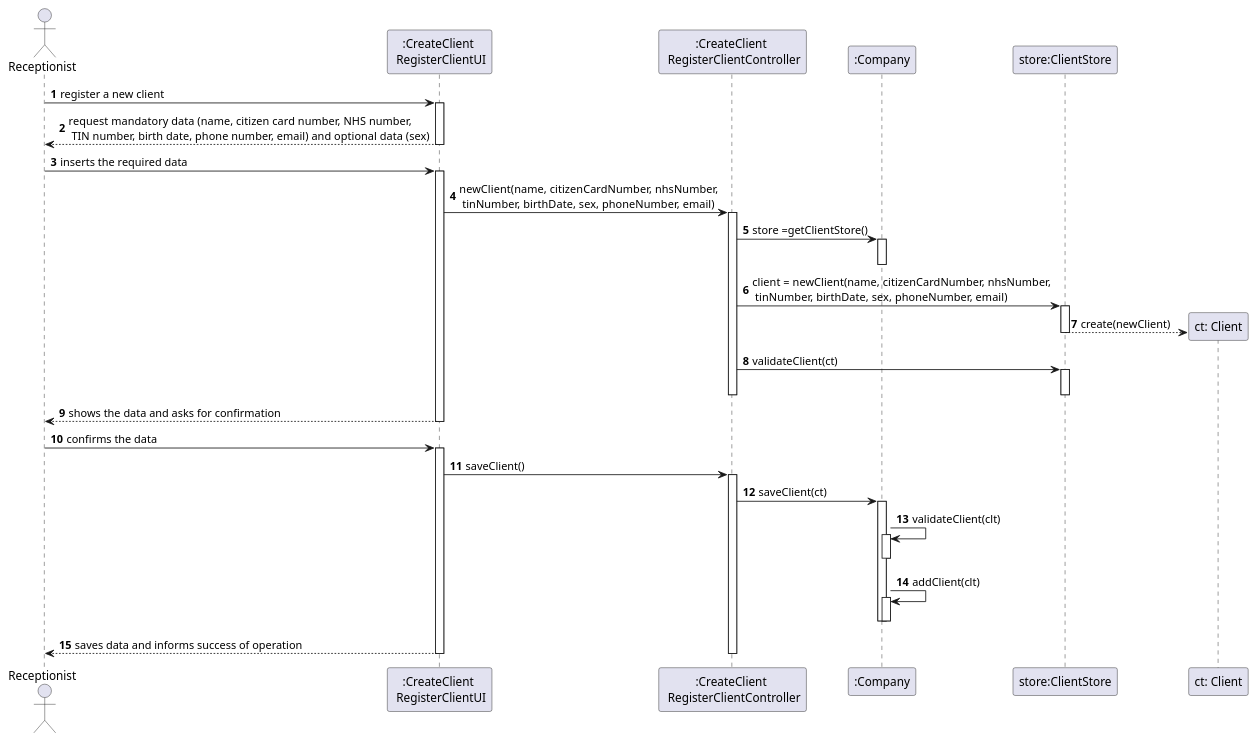
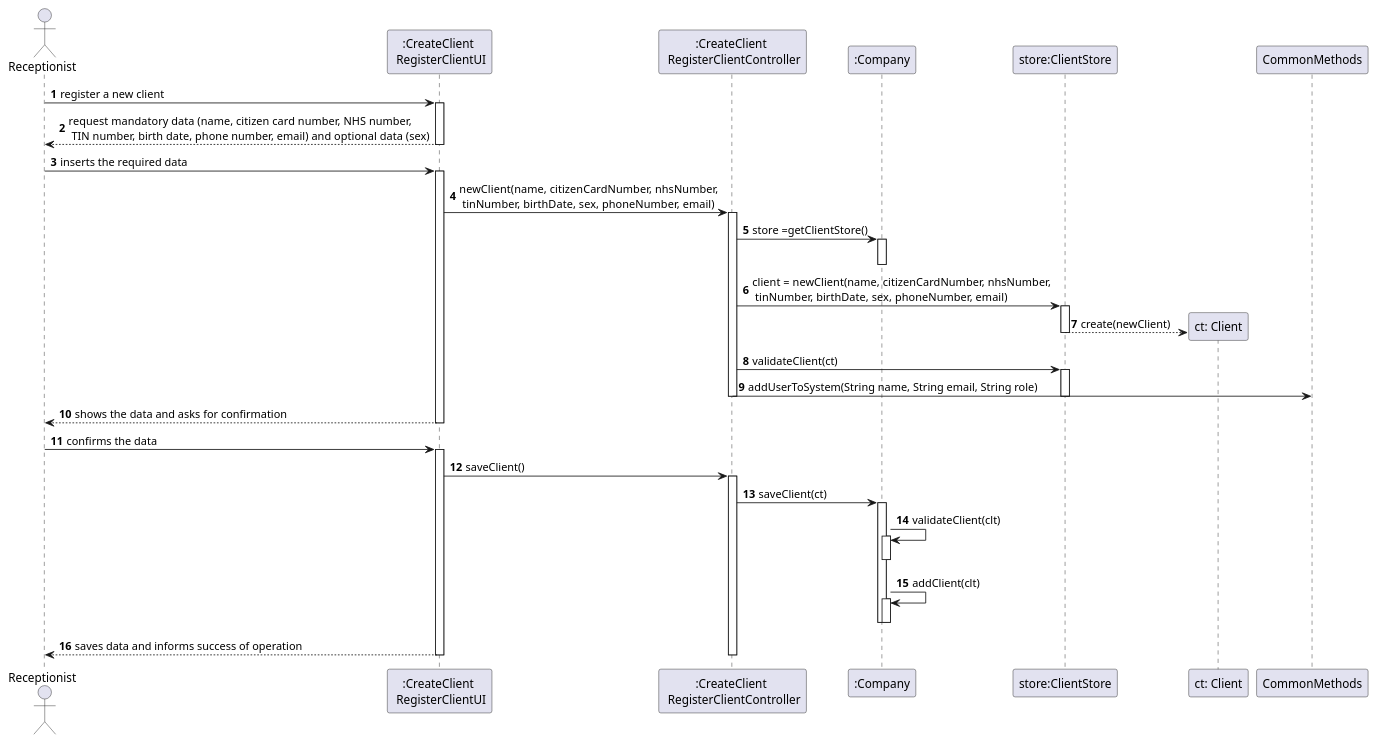
Before and after one commit to GuilhermeCunha79/lapr2: the diagram in docs/SprintB/US3/UC03_SD.puml, drawn with PlantUML. The commit also changed 7 other files, not shown here.

```diff
--- a/docs/SprintB/US3/UC03_SD.puml
+++ b/docs/SprintB/US3/UC03_SD.puml
@@ -1,68 +1,73 @@
 @startuml
 autonumber
 'hide footbox
 actor "Receptionist" as RECEP
 
 participant ":CreateClient \n RegisterClientUI" as UI
 participant ":CreateClient \n RegisterClientController" as CTRL
 participant ":Company" as C
 participant "store:ClientStore" as CS
 participant "ct: Client" as CL
+participant "CommonMethods" as CM
 
 
 
 RECEP -> UI : register a new client
 activate UI
     UI --> RECEP : request mandatory data (name, citizen card number, NHS number,\n TIN number, birth date, phone number, email) and optional data (sex)
 deactivate UI
 
 RECEP -> UI : inserts the required data
 activate UI
     UI -> CTRL : newClient(name, citizenCardNumber, nhsNumber,\n tinNumber, birthDate, sex, phoneNumber, email)
 
 activate CTRL
 
         CTRL -> C: store =getClientStore()
         activate C
         deactivate C
 
         CTRL -> CS: client = newClient(name, citizenCardNumber, nhsNumber,\n tinNumber, birthDate, sex, phoneNumber, email)
 
         activate CS
         CS --> CL** : create(newClient)
         deactivate CS
 
+
         CTRL -> CS : validateClient(ct)
+
         activate CS
+        CTRL -> CM : addUserToSystem(String name, String email, String role)
+
         deactivate CS
 
 
 
     deactivate CTRL
     UI --> RECEP : shows the data and asks for confirmation
 deactivate UI
 RECEP -> UI : confirms the data
 activate UI
 
     UI -> CTRL : saveClient()
 
 activate CTRL
     CTRL -> C : saveClient(ct)
 
 activate C
 
     C -> C : validateClient(clt)
     activate C
     deactivate C
     C -> C : addClient(clt)
     activate C
     deactivate C
     deactivate C
 
 
 UI --> RECEP : saves data and informs success of operation
 deactivate C
 deactivate UI
 deactivate CTRL
 
 @enduml
```
